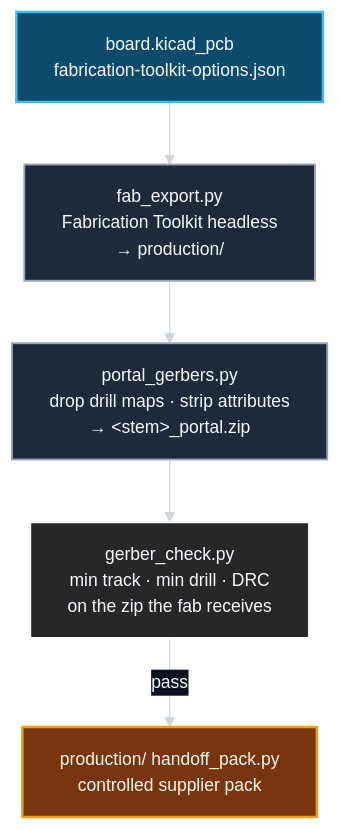
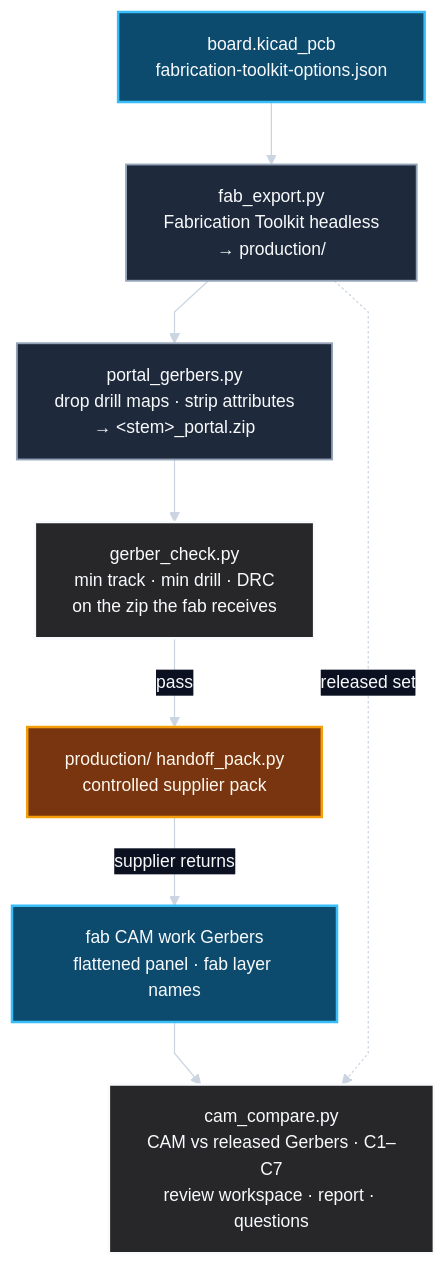
Before and after one commit to incutec-org/hardware-tooling: the fourth of 7 diagrams in OVERVIEW.md, drawn with Mermaid. The commit also changed other lines of this file and 4 other files, not shown here.

First line of the commit message:
Add cam_compare: review fab CAM Gerbers against the release

````diff
--- a/OVERVIEW.md
+++ b/OVERVIEW.md
@@ -155,19 +155,22 @@
 ```mermaid
 %%{init: {"theme": "base", "themeVariables": {"background": "#0b1120", "lineColor": "#cbd5e1", "primaryTextColor": "#f8fafc", "edgeLabelBackground": "#0b1120", "fontSize": "14px"}, "flowchart": {"curve": "linear", "nodeSpacing": 30, "rankSpacing": 50}}}%%
 flowchart TB
     PCB["board.kicad_pcb<br/>fabrication-toolkit-options.json"]
     PCB --> FT["fab_export.py<br/>Fabrication Toolkit headless<br/>→ production/"]
     FT --> PG["portal_gerbers.py<br/>drop drill maps · strip attributes<br/>→ &lt;stem&gt;_portal.zip"]
     PG --> GC["gerber_check.py<br/>min track · min drill · DRC<br/>on the zip the fab receives"]
     GC -->|"pass"| HAND["production/ handoff_pack.py<br/>controlled supplier pack"]
+    HAND -->|"supplier returns"| CAM["fab CAM work Gerbers<br/>flattened panel · fab layer names"]
+    CAM --> CC["cam_compare.py<br/>CAM vs released Gerbers · C1–C7<br/>review workspace · report · questions"]
+    FT -.->|"released set"| CC
 
     classDef input fill:#0c4a6e,stroke:#38bdf8,color:#f8fafc,stroke-width:2px;
     classDef tool fill:#1e293b,stroke:#94a3b8,color:#f8fafc,stroke-width:1.5px;
     classDef gate fill:#27272a,stroke:#f8fafc,color:#f8fafc,stroke-width:2px;
     classDef production fill:#78350f,stroke:#f59e0b,color:#fff7ed,stroke-width:2px;
 
-    class PCB input;
+    class PCB,CAM input;
     class FT,PG tool;
-    class GC gate;
+    class GC,CC gate;
     class HAND production;
 ```
````
